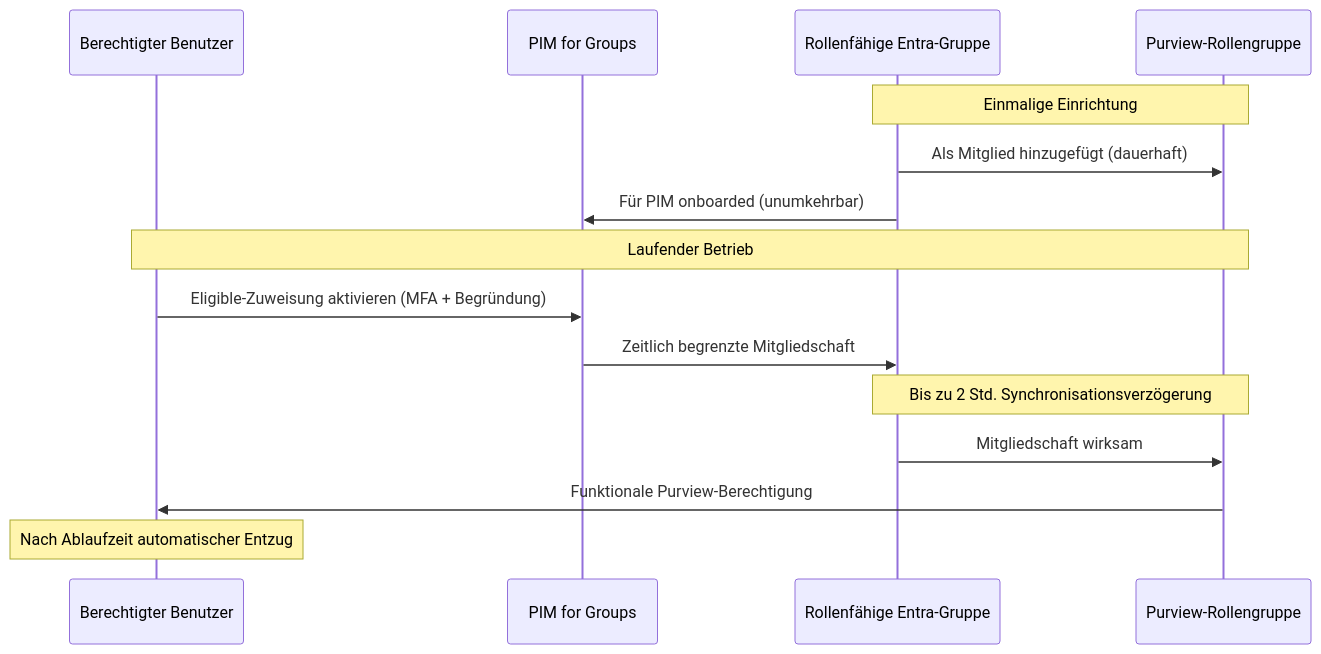
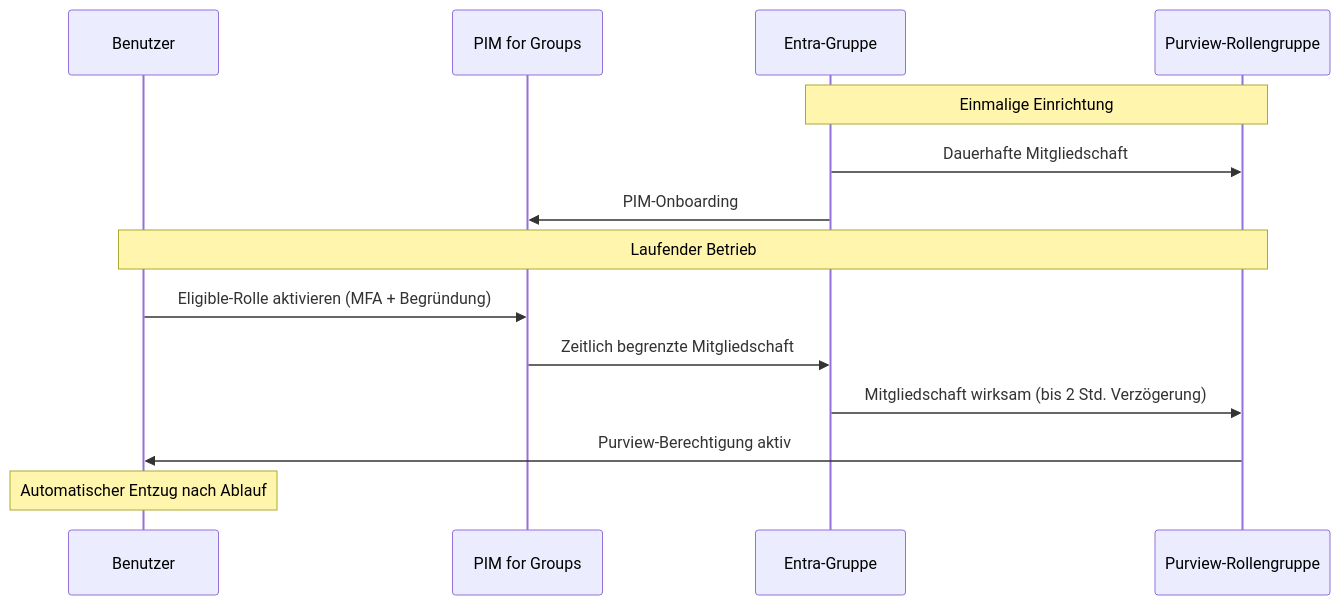
Before and after one commit to WeissiEfficiency/Purview: the fifth of 10 diagrams in Roadmap/Visualisierungen.md, drawn with Mermaid. The commit also changed other lines of this file, not shown here.

Commit message:
Roadmap: Visualisierungen ueberarbeitet - technische Fehler behoben, RACI als Tabelle, klarere Layouts

````diff
--- a/Roadmap/Visualisierungen.md
+++ b/Roadmap/Visualisierungen.md
@@ -95,19 +89,18 @@
 ```mermaid
 sequenceDiagram
-    participant U as Berechtigter Benutzer
+    participant U as Benutzer
     participant PIM as PIM for Groups
-    participant Grp as Rollenfähige Entra-Gruppe
+    participant Grp as Entra-Gruppe
     participant Pur as Purview-Rollengruppe
 
     Note over Grp,Pur: Einmalige Einrichtung
-    Grp->>Pur: Als Mitglied hinzugefügt (dauerhaft)
-    Grp->>PIM: Für PIM onboarded (unumkehrbar)
+    Grp->>Pur: Dauerhafte Mitgliedschaft
+    Grp->>PIM: PIM-Onboarding
 
     Note over U,Pur: Laufender Betrieb
-    U->>PIM: Eligible-Zuweisung aktivieren (MFA + Begründung)
+    U->>PIM: Eligible-Rolle aktivieren (MFA + Begründung)
     PIM->>Grp: Zeitlich begrenzte Mitgliedschaft
-    Note over Grp,Pur: Bis zu 2 Std. Synchronisationsverzögerung
-    Grp->>Pur: Mitgliedschaft wirksam
-    Pur->>U: Funktionale Purview-Berechtigung
-    Note over U: Nach Ablaufzeit automatischer Entzug
+    Grp->>Pur: Mitgliedschaft wirksam (bis 2 Std. Verzögerung)
+    Pur->>U: Purview-Berechtigung aktiv
+    Note over U: Automatischer Entzug nach Ablauf
 ```
````
